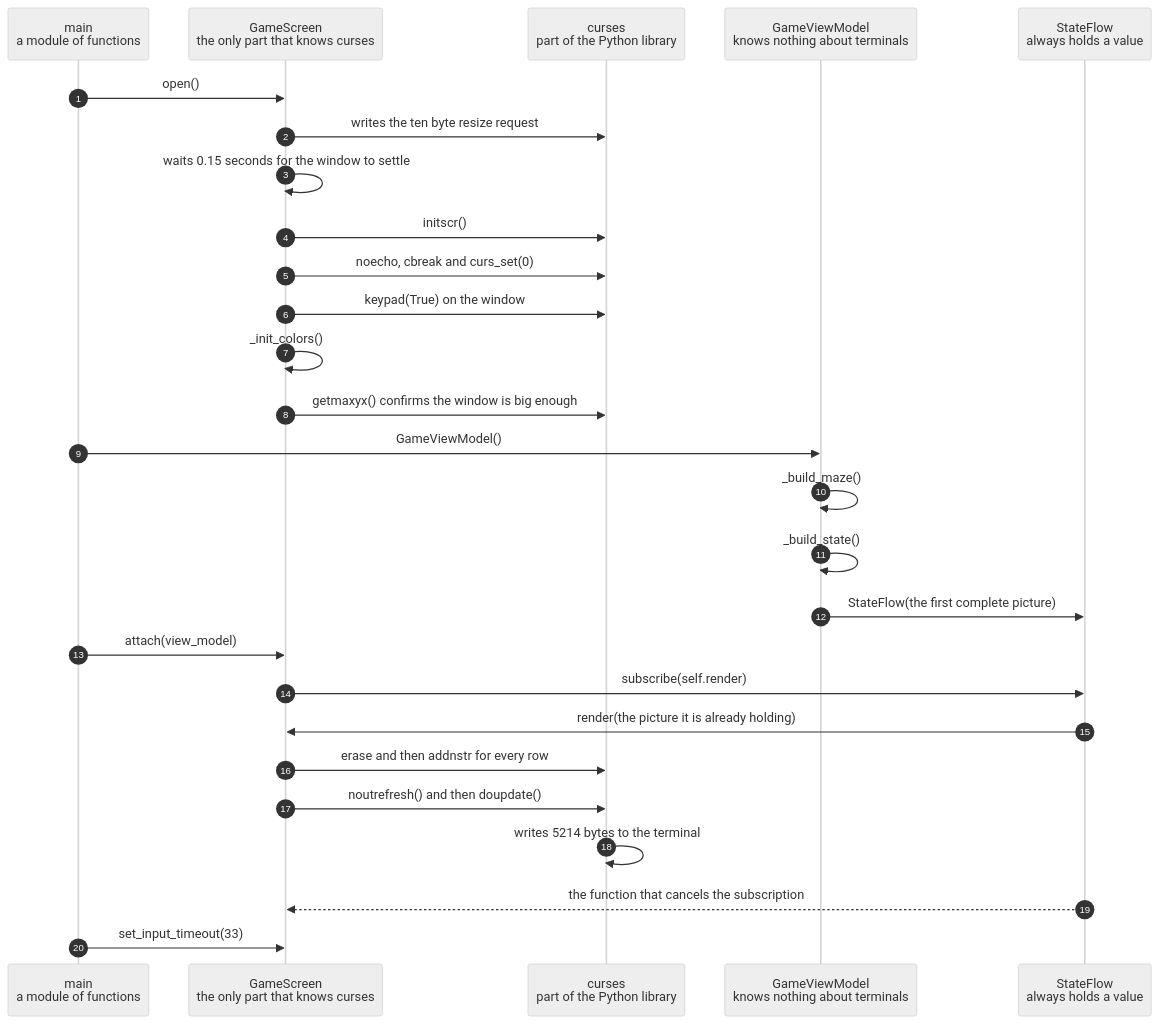
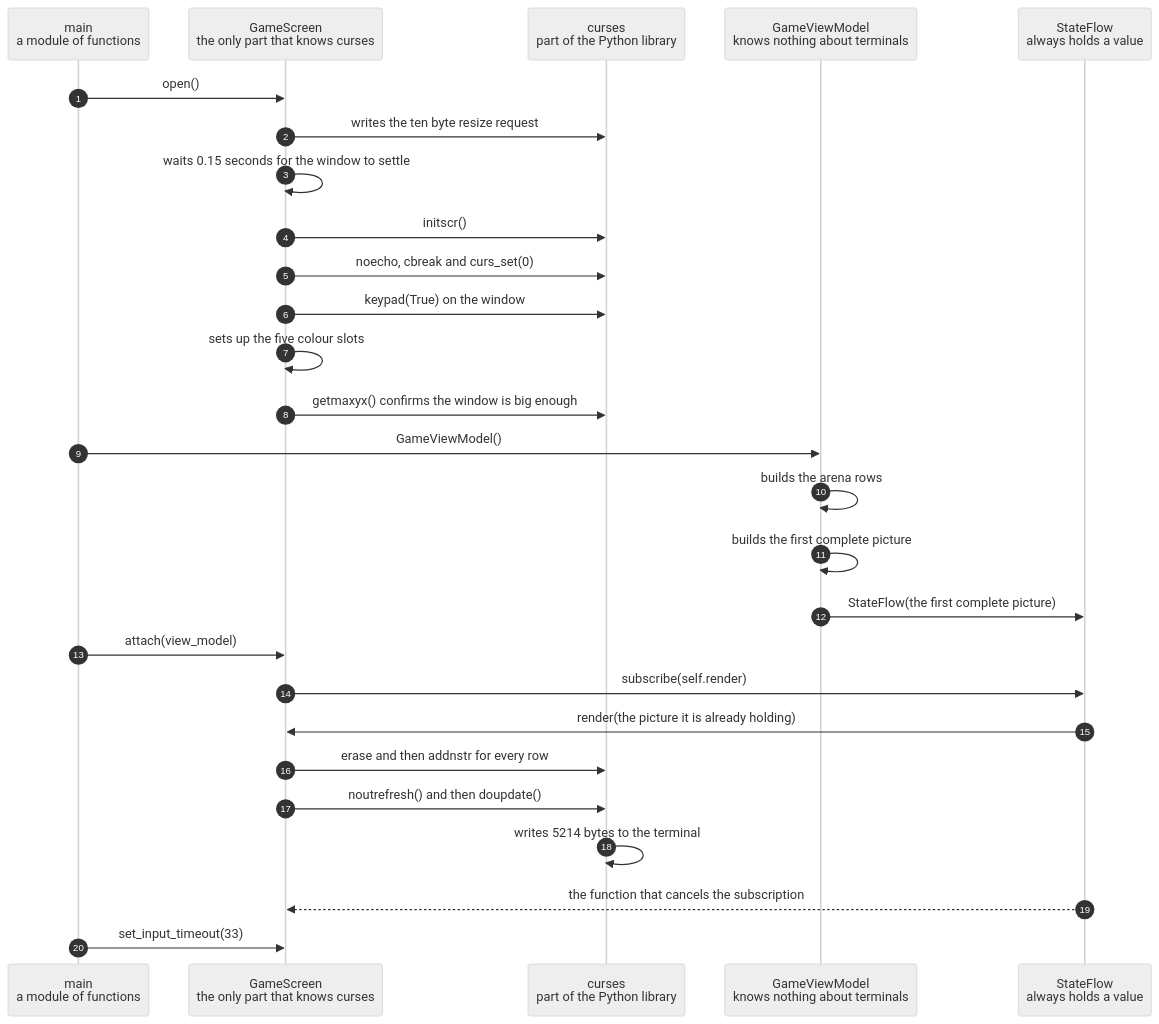
The diagram in docs/the-first-frame-is-painted-when-the-screen-subscribes-to-the-view-model.md (replicant1/TerminalGame), drawn with Mermaid (neutral theme) before and after one commit. The commit also changed other lines of this file and 5 other files, not shown here.

````diff
--- a/docs/the-first-frame-is-painted-when-the-screen-subscribes-to-the-view-model.md
+++ b/docs/the-first-frame-is-painted-when-the-screen-subscribes-to-the-view-model.md
@@ -42,30 +42,30 @@
 ```mermaid
 sequenceDiagram
     autonumber
     participant Main as main<br/>a module of functions
     participant Screen as GameScreen<br/>the only part that knows curses
     participant Curses as curses<br/>part of the Python library
     participant ViewModel as GameViewModel<br/>knows nothing about terminals
     participant Flow as StateFlow<br/>always holds a value
 
     Main->>Screen: open()
     Screen->>Curses: writes the ten byte resize request
     Screen->>Screen: waits 0.15 seconds for the window to settle
     Screen->>Curses: initscr()
     Screen->>Curses: noecho, cbreak and curs_set(0)
     Screen->>Curses: keypad(True) on the window
-    Screen->>Screen: _init_colors()
+    Screen->>Screen: sets up the five colour slots
     Screen->>Curses: getmaxyx() confirms the window is big enough
     Main->>ViewModel: GameViewModel()
-    ViewModel->>ViewModel: _build_maze()
-    ViewModel->>ViewModel: _build_state()
+    ViewModel->>ViewModel: builds the arena rows
+    ViewModel->>ViewModel: builds the first complete picture
     ViewModel->>Flow: StateFlow(the first complete picture)
     Main->>Screen: attach(view_model)
     Screen->>Flow: subscribe(self.render)
     Flow->>Screen: render(the picture it is already holding)
     Screen->>Curses: erase and then addnstr for every row
     Screen->>Curses: noutrefresh() and then doupdate()
     Curses->>Curses: writes 5214 bytes to the terminal
     Flow-->>Screen: the function that cancels the subscription
     Main->>Screen: set_input_timeout(33)
 ```
````
